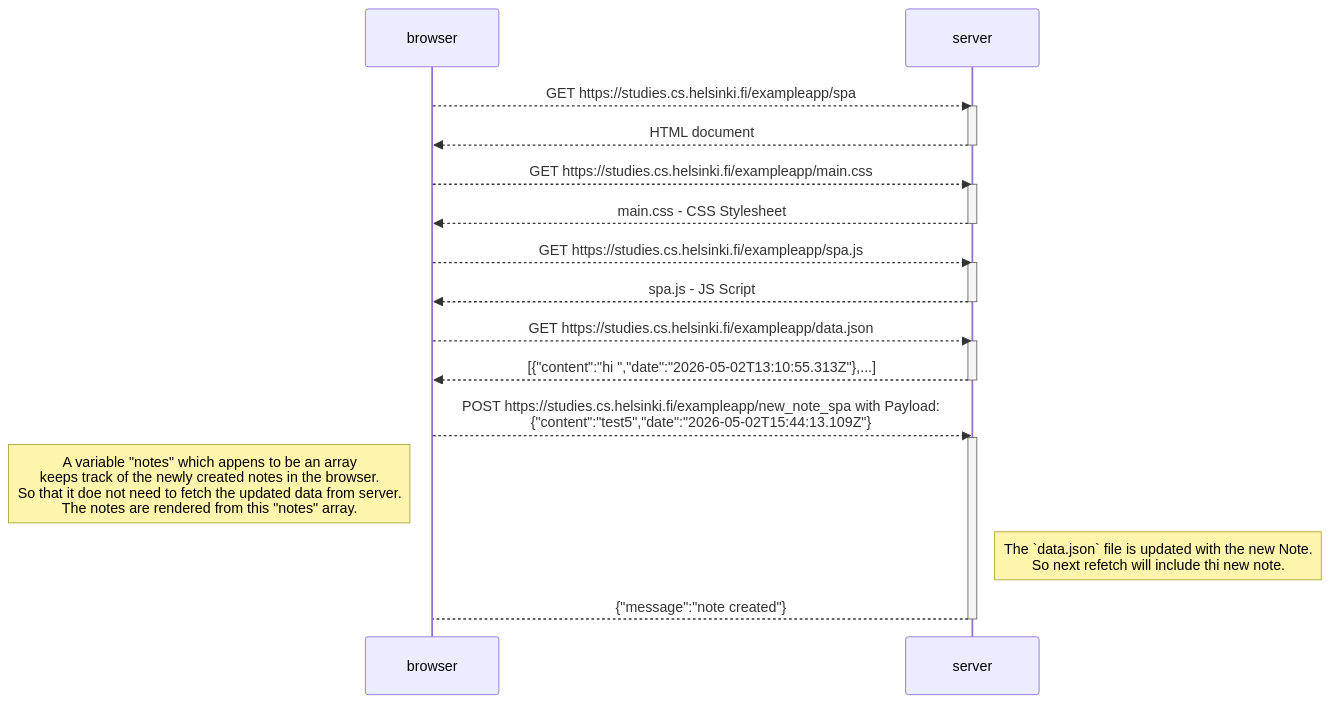
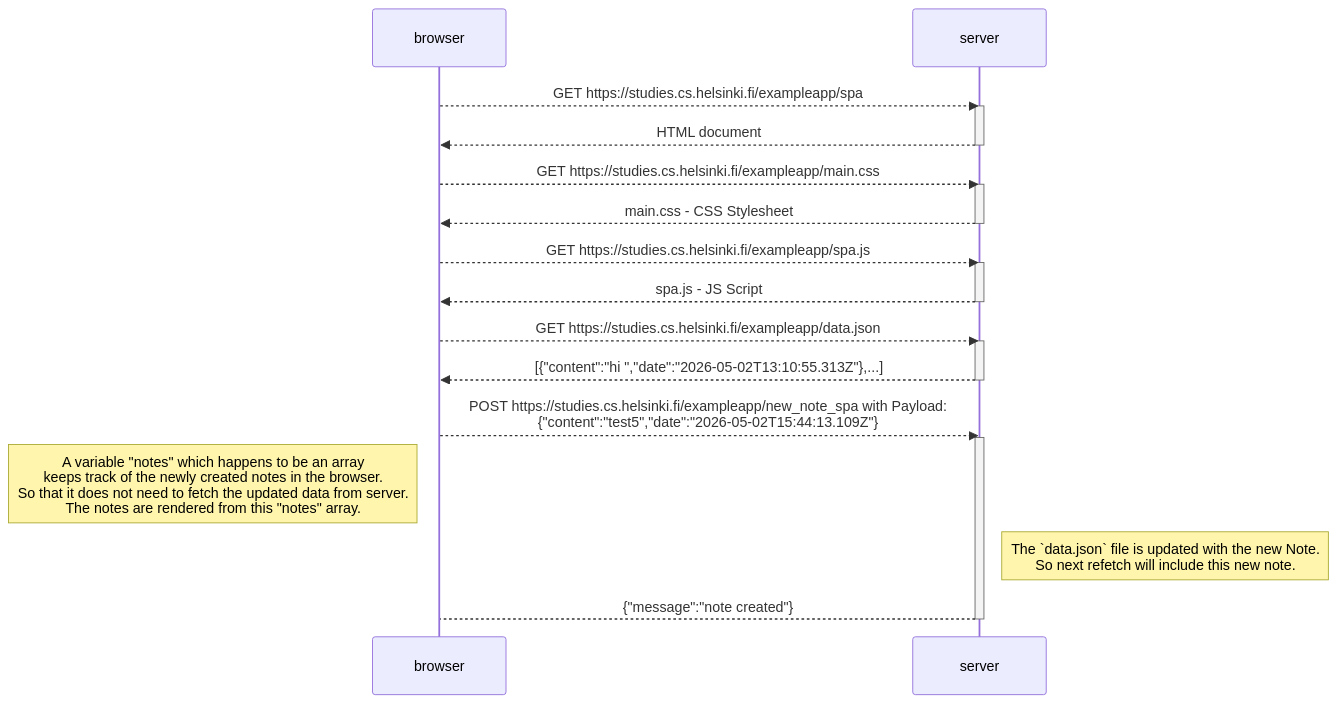
One commit to jallepalli-harsh/fs-opencourse changed the diagram in part-0/0.5-spa-new-note-diagram.md. Above: the diagram before and after it, drawn with Mermaid.

Commit message:
fixes spelling mistakes

````diff
--- a/part-0/0.5-spa-new-note-diagram.md
+++ b/part-0/0.5-spa-new-note-diagram.md
@@ -3,34 +3,34 @@
 ```mermaid
 sequenceDiagram
     participant browser
     participant server
 
     browser-->>server: GET https://studies.cs.helsinki.fi/exampleapp/spa
     activate server
     server-->>browser: HTML document
     deactivate server
 
     browser-->>server: GET https://studies.cs.helsinki.fi/exampleapp/main.css
     activate server
     server-->>browser: main.css - CSS Stylesheet
     deactivate server
 
     browser-->>server: GET https://studies.cs.helsinki.fi/exampleapp/spa.js
     activate server
     server-->>browser: spa.js - JS Script
     deactivate server
 
     browser-->> server: GET https://studies.cs.helsinki.fi/exampleapp/data.json
     activate server
     server-->>browser: [{"content":"hi ","date":"2026-05-02T13:10:55.313Z"},...]
     deactivate server
 
     browser-->>server: POST https://studies.cs.helsinki.fi/exampleapp/new_note_spa with Payload: <br/> {"content":"test5","date":"2026-05-02T15:44:13.109Z"}
     activate server
     
-    Note left of browser: A variable "notes" which appens to be an array <br/>keeps track of the newly created notes in the browser. <br/>So that it doe not need to fetch the updated data from server. <br/> The notes are rendered from this "notes" array.
-    Note right of server: The `data.json` file is updated with the new Note. <br/>So next refetch will include thi new note.
+    Note left of browser: A variable "notes" which happens to be an array <br/>keeps track of the newly created notes in the browser. <br/>So that it does not need to fetch the updated data from server. <br/> The notes are rendered from this "notes" array.
+    Note right of server: The `data.json` file is updated with the new Note. <br/>So next refetch will include this new note.
 
     server-->browser: {"message":"note created"}
     deactivate server
 ```
````
